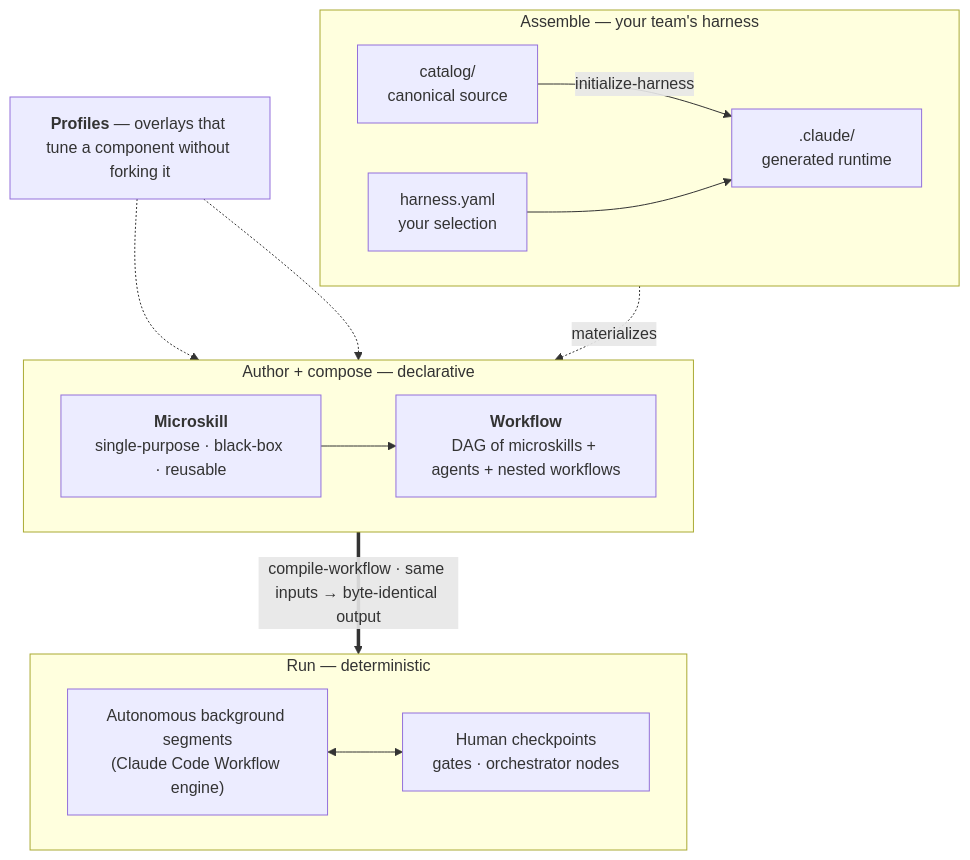
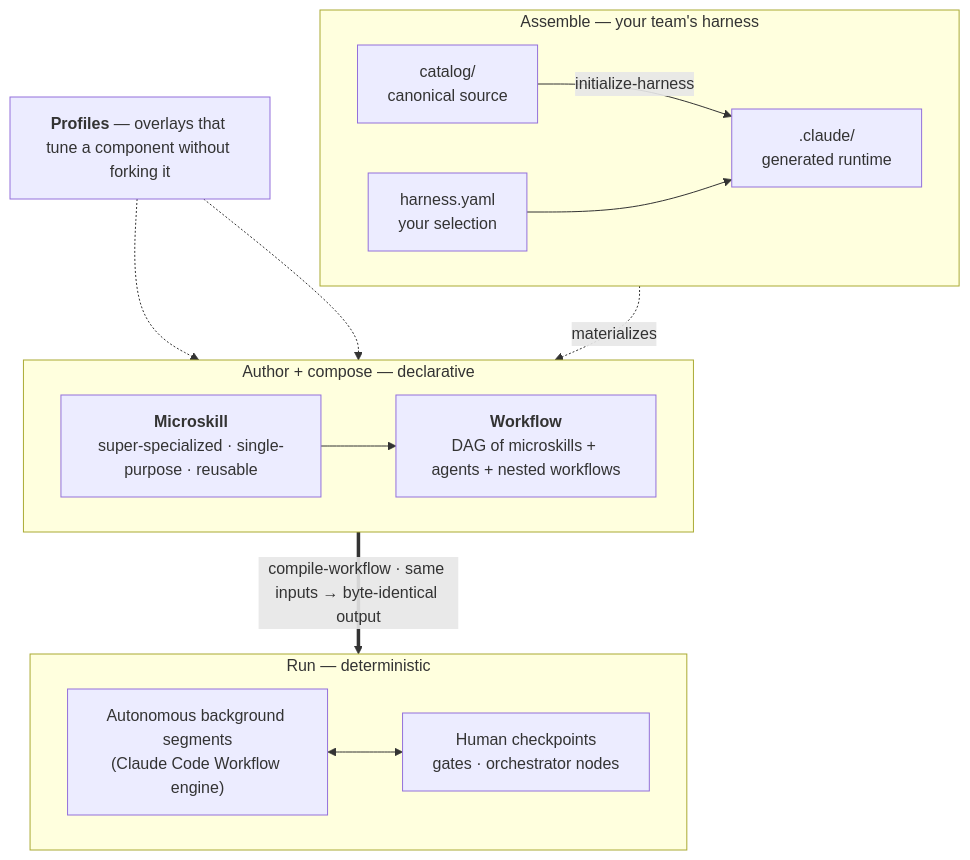
Before and after one commit to sharmankitdev/microskills: the diagram in README.md, drawn with Mermaid. The commit also changed other lines of this file and 10 other files, not shown here.

First line of the commit message:
docs(microskill): frame as super-specialized skill, drop "black box" wording (#44)

````diff
--- a/README.md
+++ b/README.md
@@ -34,30 +34,30 @@
 ```mermaid
 flowchart TB
     subgraph compose["Author + compose — declarative"]
         direction LR
-        MS["<b>Microskill</b><br/>single-purpose · black-box · reusable"]
+        MS["<b>Microskill</b><br/>super-specialized · single-purpose · reusable"]
         WF["<b>Workflow</b><br/>DAG of microskills + agents + nested workflows"]
         MS --> WF
     end
 
     PR["<b>Profiles</b> — overlays that tune a component without forking it"]
     PR -.-> MS
     PR -.-> WF
 
     subgraph run["Run — deterministic"]
         direction LR
         SEG["Autonomous background segments<br/>(Claude Code Workflow engine)"]
         CHK["Human checkpoints<br/>gates · orchestrator nodes"]
         SEG <--> CHK
     end
 
     WF ==>|"compile-workflow · same inputs → byte-identical output"| run
 
     subgraph harness["Assemble — your team's harness"]
         direction LR
         CAT["catalog/<br/>canonical source"] -->|initialize-harness| CL[".claude/<br/>generated runtime"]
         HY["harness.yaml<br/>your selection"] --> CL
     end
 
     CL -.->|materializes| compose
 ```
````
